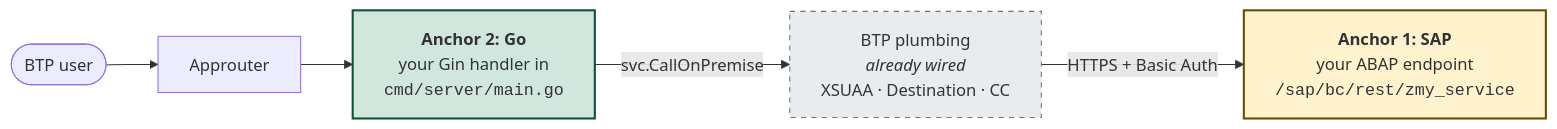
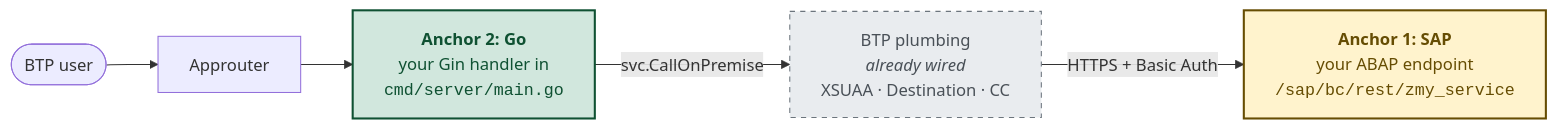
One commit to Hochfrequenz/go-sap-btp-cf-template changed the first of 2 diagrams in README.md. Above: the diagram before and after it, drawn with Mermaid.

Commit message:
docs(readme): fix anchor-diagram contrast in GitHub dark mode
My Bootstrap-inspired light fills (`#d1e7dd`, `#fff3cd`, `#e9ecef`) had
no explicit `color:` on the nodes. GitHub's dark mode applies a white
default text colour to mermaid nodes, so white text on a light-green
fill rendered as basically invisible.

Pinning the label colour per node matches it to the node's stroke
colour, keeping contrast in both light and dark GitHub themes without
losing the semantic colour coding (green = your Go, yellow = your
ABAP, grey = BTP plumbing).

Refs #16.

````diff
--- a/README.md
+++ b/README.md
@@ -67,11 +67,11 @@
 ```mermaid
 flowchart LR
     User([BTP user]) --> AR[Approuter]
     AR --> Go[<b>Anchor 2: Go</b><br/>your Gin handler in<br/><code>cmd/server/main.go</code>]
     Go -->|svc.CallOnPremise| BTP[BTP plumbing<br/><i>already wired</i><br/>XSUAA · Destination · CC]
     BTP -->|HTTPS + Basic Auth| SAP[<b>Anchor 1: SAP</b><br/>your ABAP endpoint<br/><code>/sap/bc/rest/zmy_service</code>]
 
-    style Go fill:#d1e7dd,stroke:#0f5132,stroke-width:2px
-    style SAP fill:#fff3cd,stroke:#664d03,stroke-width:2px
-    style BTP fill:#e9ecef,stroke:#6c757d,stroke-dasharray:5 5
+    style Go fill:#d1e7dd,stroke:#0f5132,stroke-width:2px,color:#0f5132
+    style SAP fill:#fff3cd,stroke:#664d03,stroke-width:2px,color:#664d03
+    style BTP fill:#e9ecef,stroke:#6c757d,stroke-dasharray:5 5,color:#495057
 ```
````
